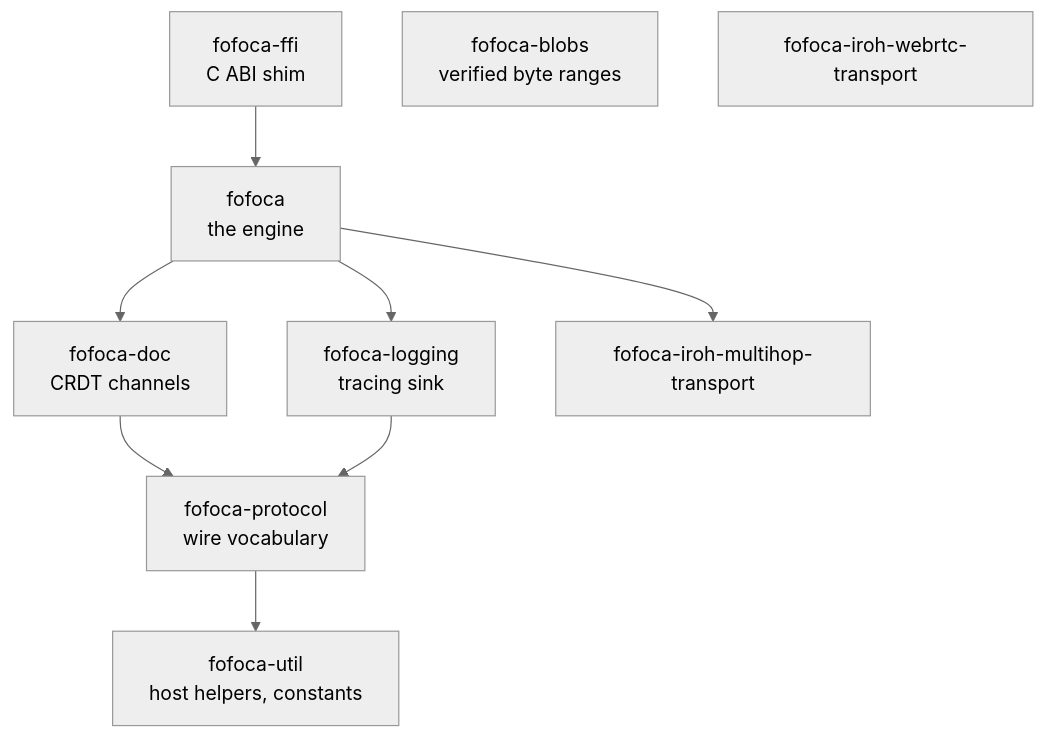
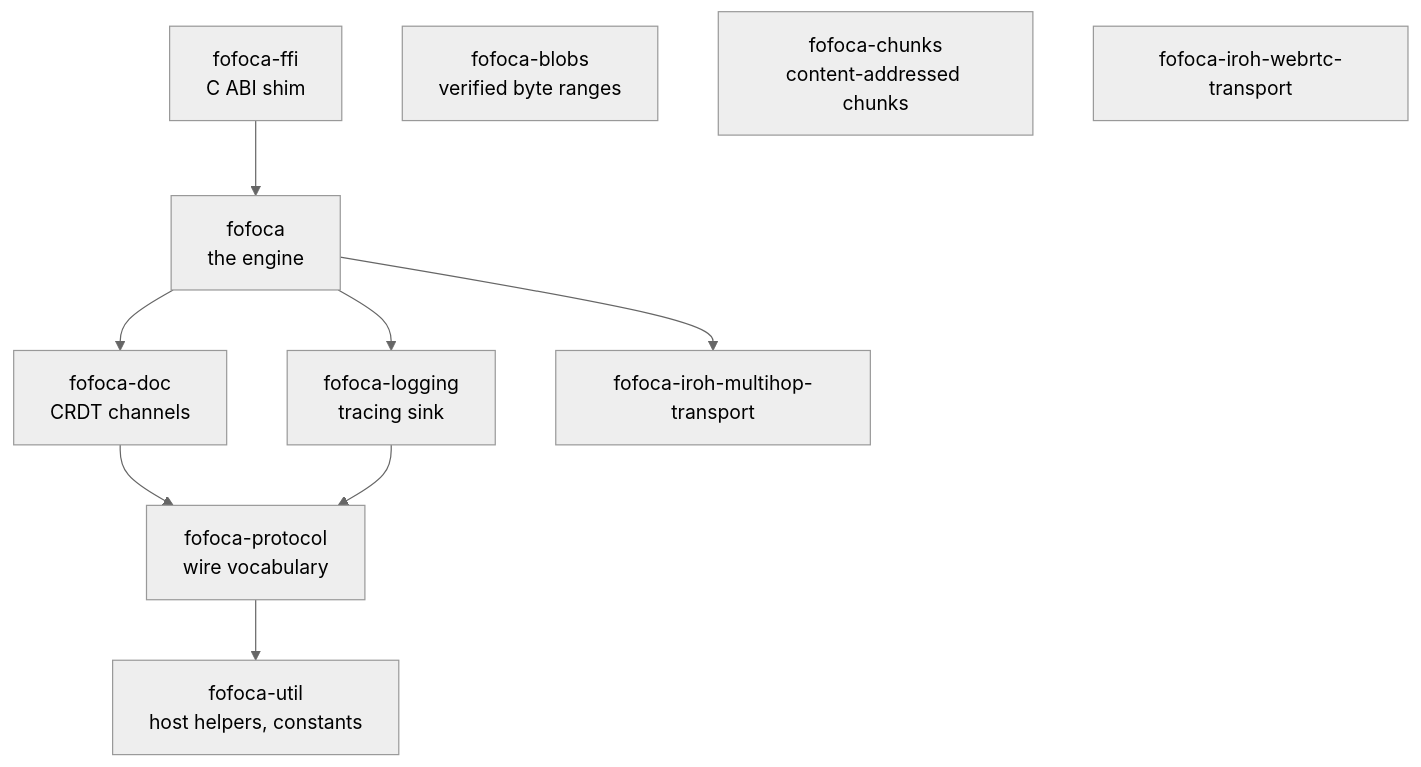
Before and after one commit to fofoca-network/fofoca: the second of 10 diagrams in docs/architecture.md, drawn with Mermaid (neutral theme). The commit also changed other lines of this file and 17 other files, not shown here.

First line of the commit message:
feat: add fofoca-chunks, the content-addressed chunk store from agent-share

````diff
--- a/docs/architecture.md
+++ b/docs/architecture.md
@@ -89,12 +89,13 @@
 ```mermaid
 graph TD
     ffi["fofoca-ffi<br>C ABI shim"] --> engine
     engine["fofoca<br>the engine"] --> doc["fofoca-doc<br>CRDT channels"]
     engine --> logging["fofoca-logging<br>tracing sink"]
     engine --> mh["fofoca-iroh-multihop-transport"]
     doc --> proto["fofoca-protocol<br>wire vocabulary"]
     logging --> proto
     proto --> util["fofoca-util<br>host helpers, constants"]
     blobs["fofoca-blobs<br>verified byte ranges"]
+    chunks["fofoca-chunks<br>content-addressed chunks"]
     webrtc["fofoca-iroh-webrtc-transport"]
 ```
````
